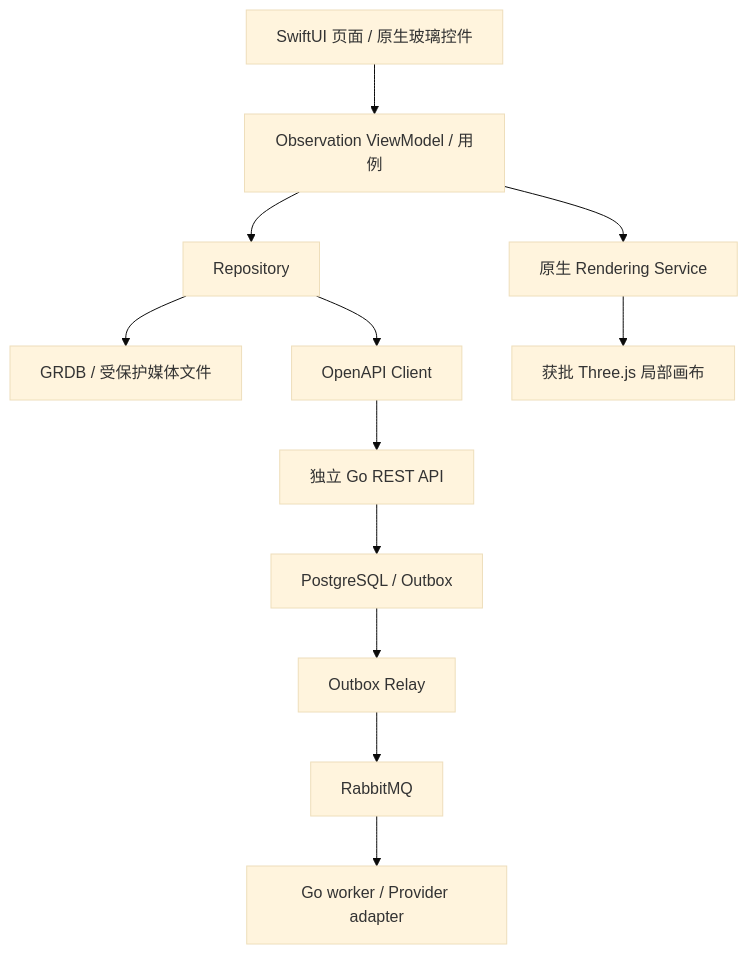
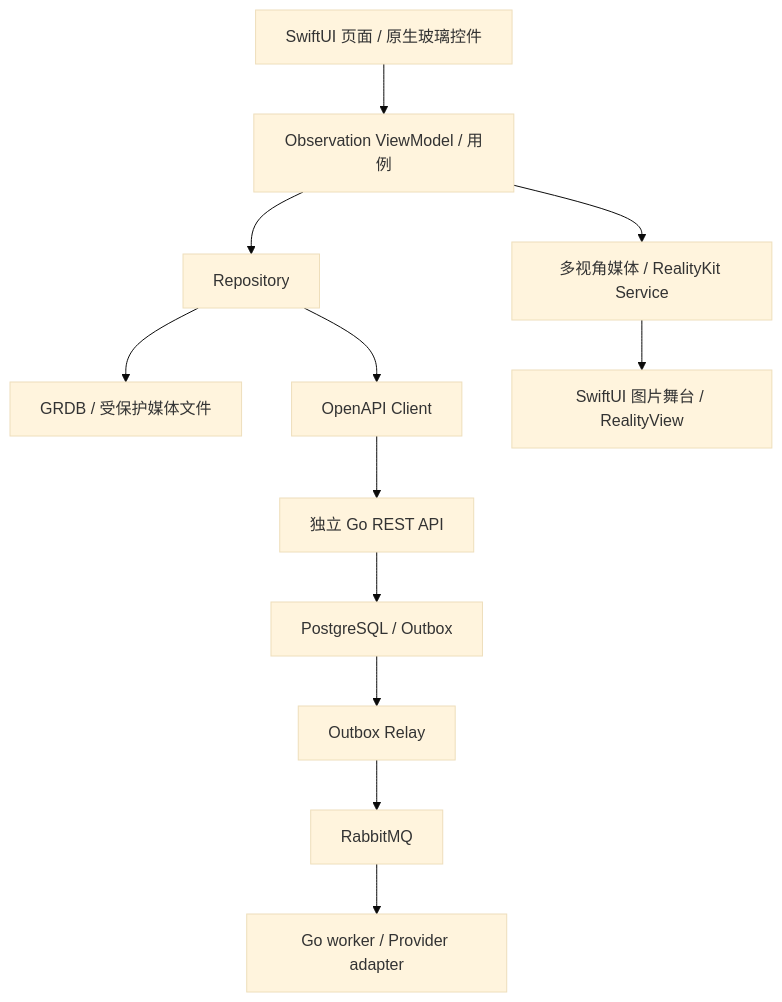
Before and after one commit to StephenQiu30/then-server: the first of 4 diagrams in docs/design/03-OOTD产品总体设计.md, drawn with Mermaid (base theme). The commit also changed other lines of this file and 12 other files, not shown here.

Commit message:
docs: define complete OOTD product architecture

````diff
--- a/docs/design/03-OOTD产品总体设计.md
+++ b/docs/design/03-OOTD产品总体设计.md
@@ -123,14 +127,14 @@
 ```mermaid
 flowchart TD
     UI[SwiftUI 页面 / 原生玻璃控件] --> VM[Observation ViewModel / 用例]
     VM --> Repo[Repository]
     Repo --> Local[GRDB / 受保护媒体文件]
     Repo --> Client[OpenAPI Client]
     Client --> API[独立 Go REST API]
     API --> DB[PostgreSQL / Outbox]
     DB --> Relay[Outbox Relay]
     Relay --> MQ[RabbitMQ]
     MQ --> Worker[Go worker / Provider adapter]
-    VM --> Render[原生 Rendering Service]
-    Render --> Canvas[获批 Three.js 局部画布]
+    VM --> Render[多视角媒体 / RealityKit Service]
+    Render --> Canvas[SwiftUI 图片舞台 / RealityView]
 ```
````
